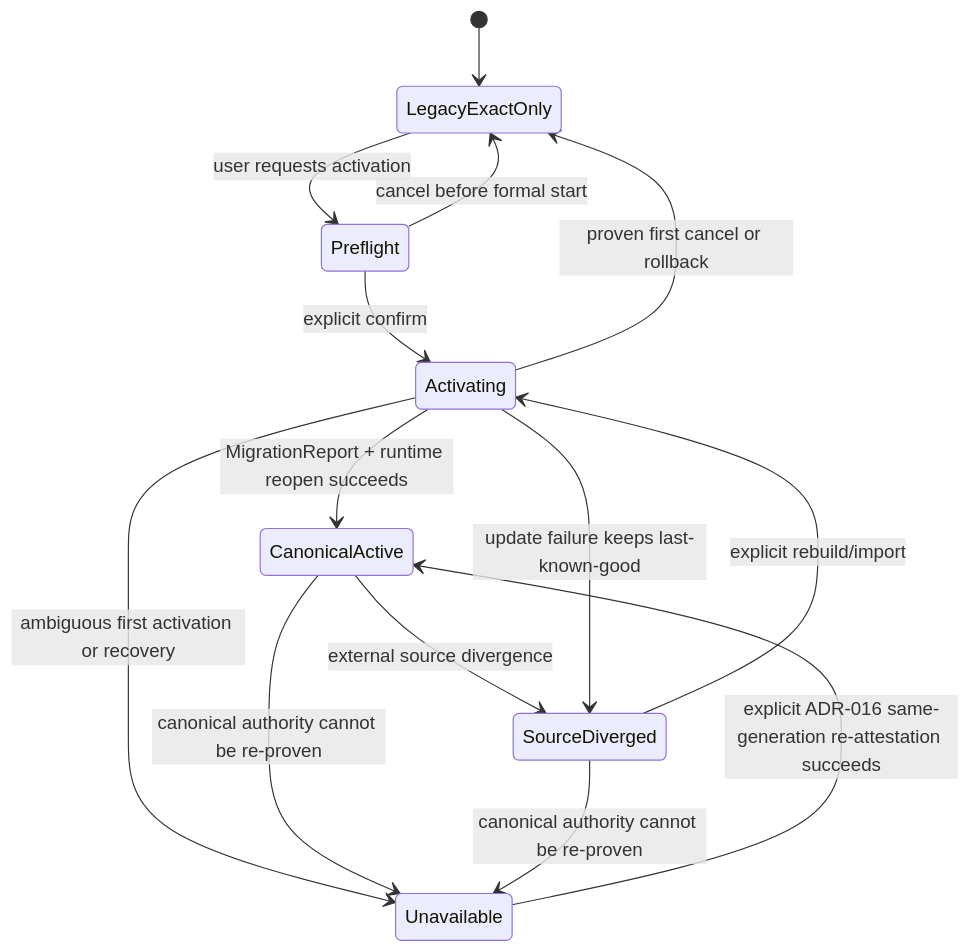
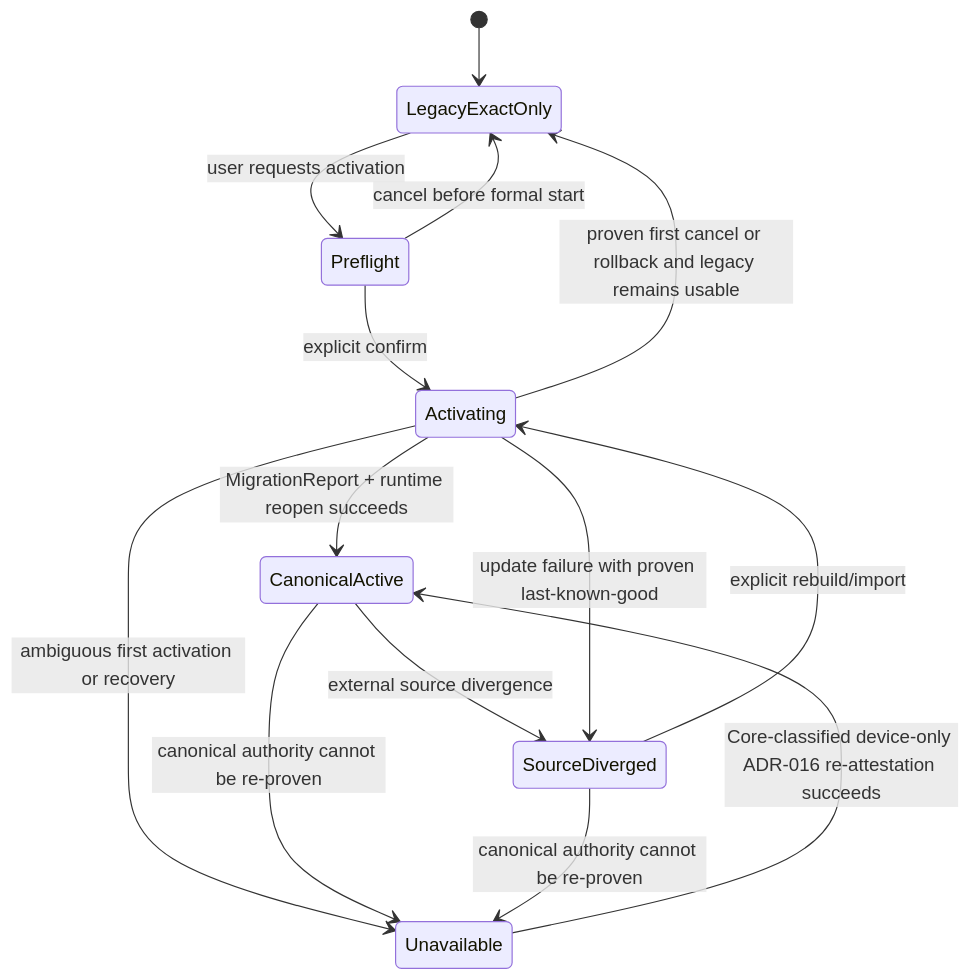
One commit to BeFringe/LocalCAT changed the fourth of 7 diagrams in .kiro/specs/feature5-ui-integration/design.md. Above: the diagram before and after it, drawn with Mermaid. The commit also changed other lines of this file and 3 other files, not shown here.

````diff
--- a/.kiro/specs/feature5-ui-integration/design.md
+++ b/.kiro/specs/feature5-ui-integration/design.md
@@ -268,16 +278,16 @@
 ```mermaid
 stateDiagram-v2
     [*] --> LegacyExactOnly
     LegacyExactOnly --> Preflight: user requests activation
     Preflight --> LegacyExactOnly: cancel before formal start
     Preflight --> Activating: explicit confirm
     Activating --> CanonicalActive: MigrationReport + runtime reopen succeeds
-    Activating --> LegacyExactOnly: proven first cancel or rollback
+    Activating --> LegacyExactOnly: proven first cancel or rollback and legacy remains usable
     Activating --> Unavailable: ambiguous first activation or recovery
     CanonicalActive --> SourceDiverged: external source divergence
     SourceDiverged --> Activating: explicit rebuild/import
-    Activating --> SourceDiverged: update failure keeps last-known-good
+    Activating --> SourceDiverged: update failure with proven last-known-good
     CanonicalActive --> Unavailable: canonical authority cannot be re-proven
     SourceDiverged --> Unavailable: canonical authority cannot be re-proven
-    Unavailable --> CanonicalActive: explicit ADR-016 same-generation re-attestation succeeds
+    Unavailable --> CanonicalActive: Core-classified device-only ADR-016 re-attestation succeeds
 ```
````
